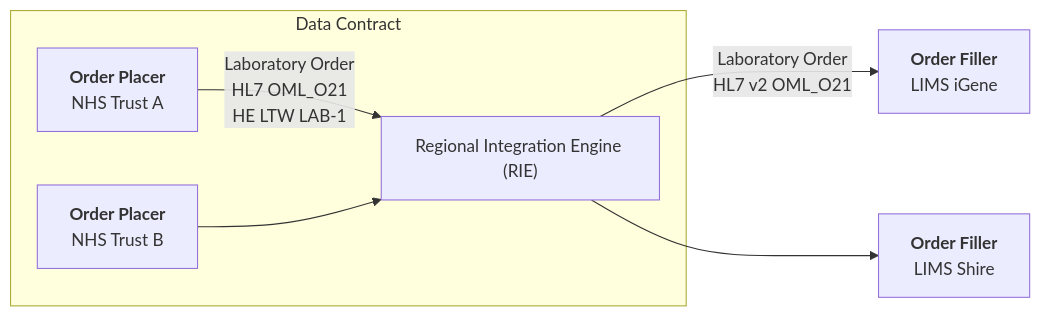
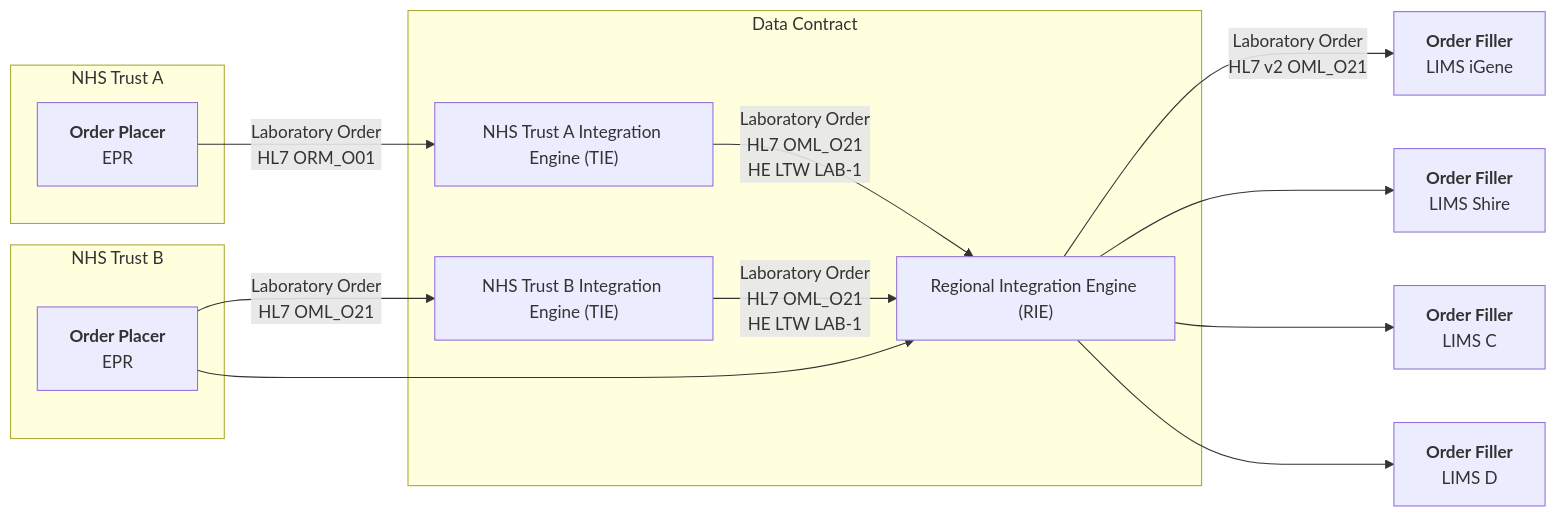
One commit to uk-gov-mirror/nw-gmsa.nw-gmsa.github.com changed the third of 6 diagrams in input/pagecontent/index.md. Above: the diagram before and after it, drawn with Mermaid. The commit also changed other lines of this file, not shown here.

Commit message:
Added TIE to future diagrams

````diff
--- a/input/pagecontent/index.md
+++ b/input/pagecontent/index.md
@@ -51,18 +51,33 @@
 ```mermaid
 graph LR
   
-    
-    NHSA --> |Laboratory Order<br/>HL7 OML_O21<br/>HE LTW LAB-1| RIE
+    subgraph NHSTrustA[NHS Trust A]
+        NHSA[<b>Order Placer</b><br/>EPR]
+      
+    end    
+
+    subgraph NHSTrustB[NHS Trust B]
+        NHSB[<b>Order Placer</b><br/>EPR] 
+        
+    end
+    subgraph DataContracts[Data Contract]
+        TIEA["NHS Trust A Integration Engine (TIE)"]
+        TIEB["NHS Trust B Integration Engine (TIE)"]
+        RIE["Regional Integration Engine (RIE)"]
+    end
+    NHSA --> |Laboratory Order<br/>HL7 ORM_O01| TIEA
+    NHSB --> |Laboratory Order<br/>HL7 OML_O21| TIEB 
+    TIEA --> |Laboratory Order<br/>HL7 OML_O21<br/>HE LTW LAB-1| RIE
+    TIEB --> |Laboratory Order<br/>HL7 OML_O21<br/>HE LTW LAB-1| RIE
+ 
     NHSB --> RIE
     RIE --> |Laboratory Order<br/>HL7 v2 OML_O21| LIMSA
     RIE --> LIMSB
-
-    subgraph DataContracts[Data Contract]
-    RIE["Regional Integration Engine (RIE)"]
-        NHSA[<b>Order Placer</b><br/>NHS Trust A]
-        NHSB[<b>Order Placer</b><br/>NHS Trust B] 
-    end 
+    RIE --> LIMSC
+    RIE --> LIMSD
+     
     LIMSA[<b>Order Filler</b><br>LIMS iGene]
     LIMSB[<b>Order Filler</b><br>LIMS Shire]
-    
+    LIMSC[<b>Order Filler</b><br>LIMS C]
+    LIMSD[<b>Order Filler</b><br>LIMS D]
 ```
````
